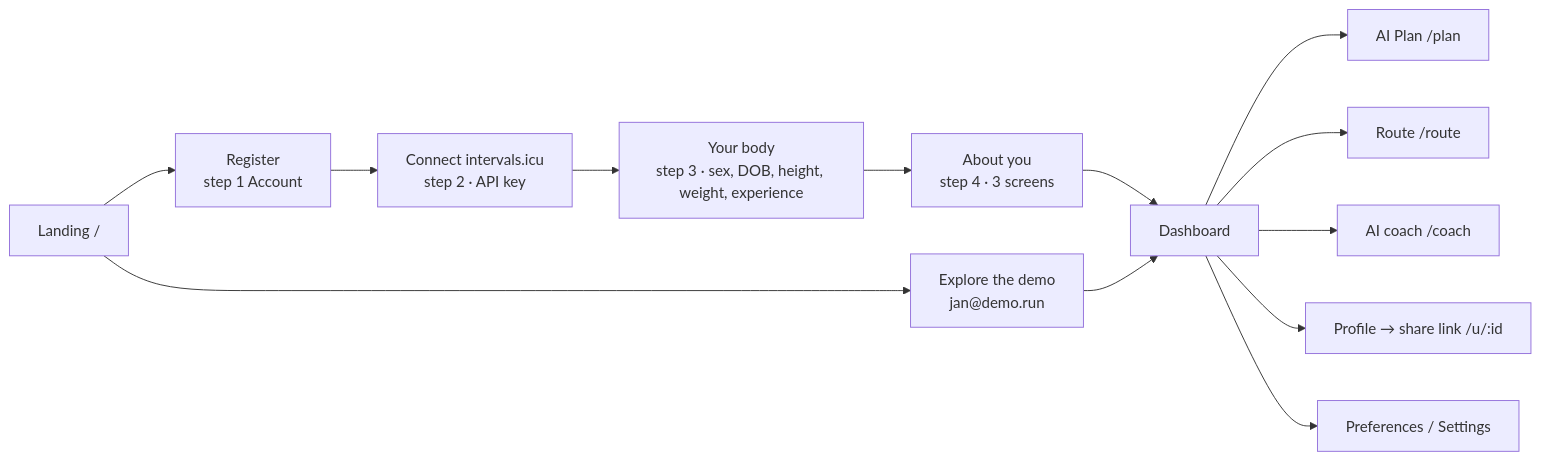
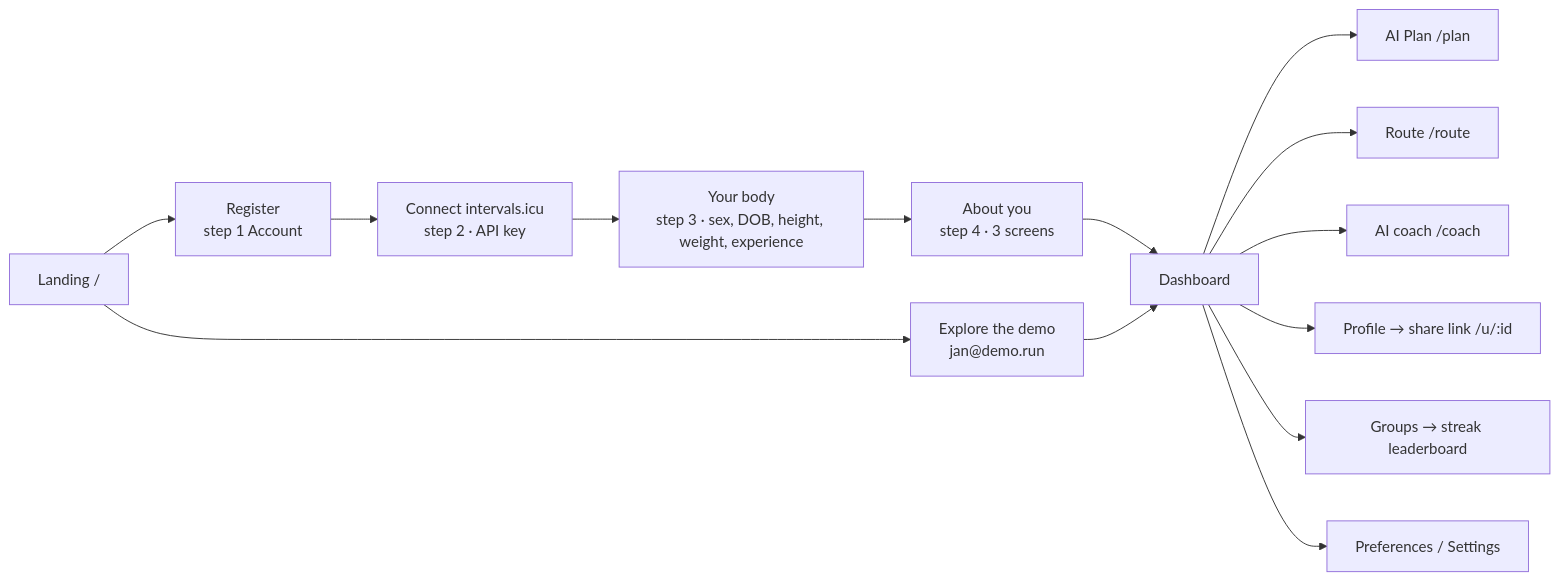
The diagram in 01 Product/User journey.md (some1less/hack-vault), drawn with Mermaid before and after one commit. The commit also changed other lines of this file and 11 other files, not shown here.

````diff
--- a/01 Product/User journey.md
+++ b/01 Product/User journey.md
@@ -5,15 +5,16 @@
 ```mermaid
 flowchart LR
     L[Landing /] --> R[Register<br/>step 1 Account]
     L --> D0[Explore the demo<br/>jan@demo.run]
     R --> C[Connect intervals.icu<br/>step 2 · API key]
     C --> B[Your body<br/>step 3 · sex, DOB, height, weight, experience]
     B --> Q[About you<br/>step 4 · 3 screens]
     Q --> DB[Dashboard]
     D0 --> DB
     DB --> P[AI Plan /plan]
     DB --> RT[Route /route]
     DB --> CO[AI coach /coach]
     DB --> PR[Profile → share link /u/:id]
+    DB --> GR[Groups → streak leaderboard]
     DB --> PF[Preferences / Settings]
 ```
````
